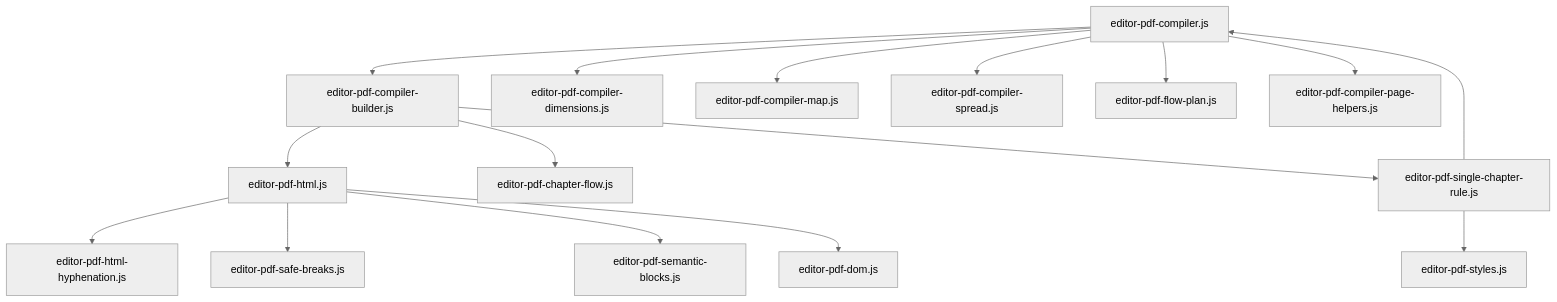
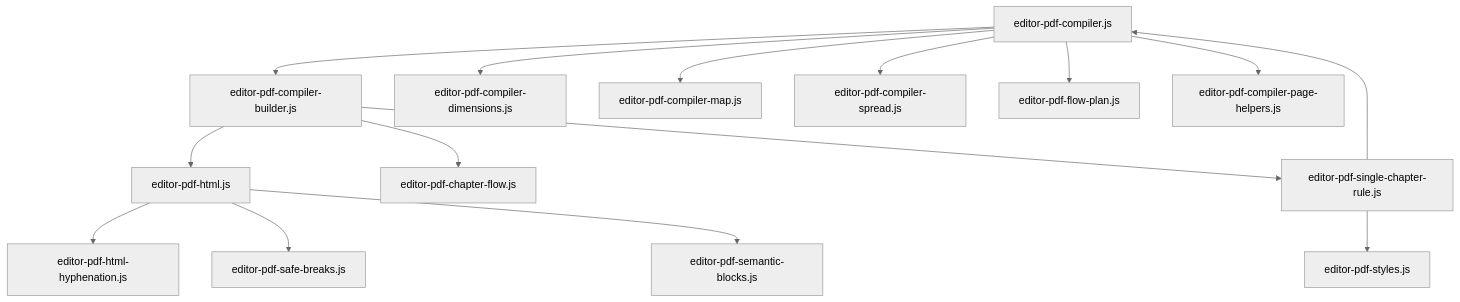
Before and after one commit to npavezibarra/almaden-bookster: the diagram in assets/js/pdf/core/README.md, drawn with Mermaid (neutral theme). The commit also changed other lines of this file and 13 other files, not shown here.

````diff
--- a/assets/js/pdf/core/README.md
+++ b/assets/js/pdf/core/README.md
@@ -19,23 +19,22 @@
 ```mermaid
 graph TD
     %% Inicialización y Orquestación
     Compiler[editor-pdf-compiler.js] --> Builder[editor-pdf-compiler-builder.js]
     Compiler --> Dimensions[editor-pdf-compiler-dimensions.js]
     Compiler --> Map[editor-pdf-compiler-map.js]
     Compiler --> Spread[editor-pdf-compiler-spread.js]
     Compiler --> FlowPlan[editor-pdf-flow-plan.js]
     Compiler --> PageHelpers[editor-pdf-compiler-page-helpers.js]
     
     %% Construcción de Contenido y Maquetación
     Builder --> HTML[editor-pdf-html.js]
     Builder --> Flow[editor-pdf-chapter-flow.js]
     Builder --> SingleRule[editor-pdf-single-chapter-rule.js]
     SingleRule --> Compiler
     SingleRule --> Styles[editor-pdf-styles.js]
 
     %% Procesamiento de Texto y Semántica
     HTML --> Hyphenation[editor-pdf-html-hyphenation.js]
     HTML --> SafeBreaks[editor-pdf-safe-breaks.js]
     HTML --> Semantic[editor-pdf-semantic-blocks.js]
-    HTML --> DOM[editor-pdf-dom.js]
 ```
````
